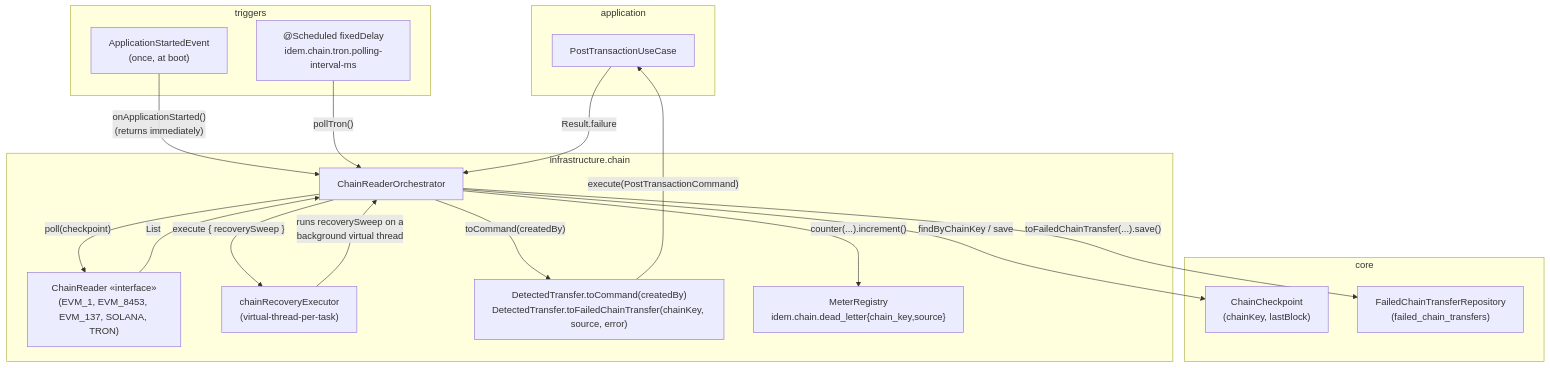
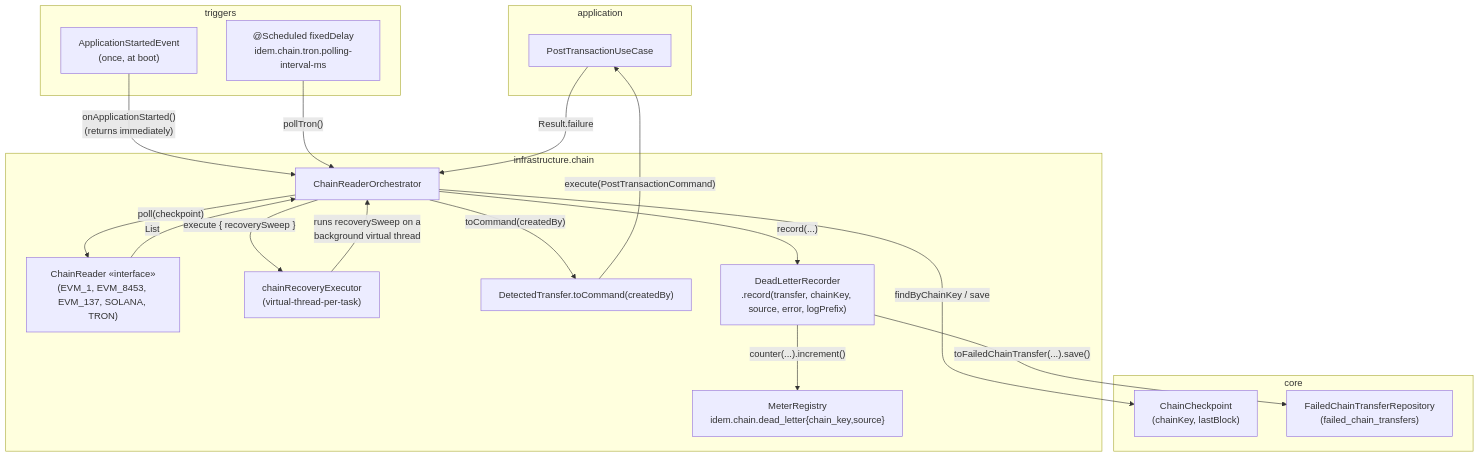
Before and after one commit to idem-finance/idem: the first of 3 diagrams in docs/chain-reader-orchestrator.md, drawn with Mermaid. The commit also changed other lines of this file and 11 other files, not shown here.

First line of the commit message:
refactor: extract DeadLetterRecorder for dead-letter handling (#87)

````diff
--- a/docs/chain-reader-orchestrator.md
+++ b/docs/chain-reader-orchestrator.md
@@ -40,37 +40,39 @@
 ```mermaid
 graph TD
     subgraph core
         ChainCheckpoint["ChainCheckpoint\n(chainKey, lastBlock)"]
         FailedTransfer["FailedChainTransferRepository\n(failed_chain_transfers)"]
     end
 
     subgraph application
         PTU["PostTransactionUseCase"]
     end
 
     subgraph infrastructure.chain
         CR["ChainReader «interface»\n(EVM_1, EVM_8453, EVM_137, SOLANA, TRON)"]
         ORCH["ChainReaderOrchestrator"]
         EXEC["chainRecoveryExecutor\n(virtual-thread-per-task)"]
-        DT["DetectedTransfer.toCommand(createdBy)\nDetectedTransfer.toFailedChainTransfer(chainKey, source, error)"]
+        DT["DetectedTransfer.toCommand(createdBy)"]
+        DLR["DeadLetterRecorder\n.record(transfer, chainKey, source, error, logPrefix)"]
         MR["MeterRegistry\nidem.chain.dead_letter{chain_key,source}"]
     end
 
     subgraph triggers
         ASE["ApplicationStartedEvent\n(once, at boot)"]
         SCHED["@Scheduled fixedDelay\nidem.chain.tron.polling-interval-ms"]
     end
 
     ASE -->|"onApplicationStarted()\n(returns immediately)"| ORCH
     ORCH -->|"execute { recoverySweep }"| EXEC
     EXEC -->|"runs recoverySweep on a\nbackground virtual thread"| ORCH
     SCHED -->|"pollTron()"| ORCH
     ORCH -->|"findByChainKey / save"| ChainCheckpoint
     ORCH -->|"poll(checkpoint)"| CR
     CR -->|"List<DetectedTransfer>"| ORCH
     ORCH -->|"toCommand(createdBy)"| DT
     DT -->|"execute(PostTransactionCommand)"| PTU
     PTU -->|"Result.failure"| ORCH
-    ORCH -->|"toFailedChainTransfer(...).save()"| FailedTransfer
-    ORCH -->|"counter(...).increment()"| MR
+    ORCH -->|"record(...)"| DLR
+    DLR -->|"toFailedChainTransfer(...).save()"| FailedTransfer
+    DLR -->|"counter(...).increment()"| MR
 ```
````
